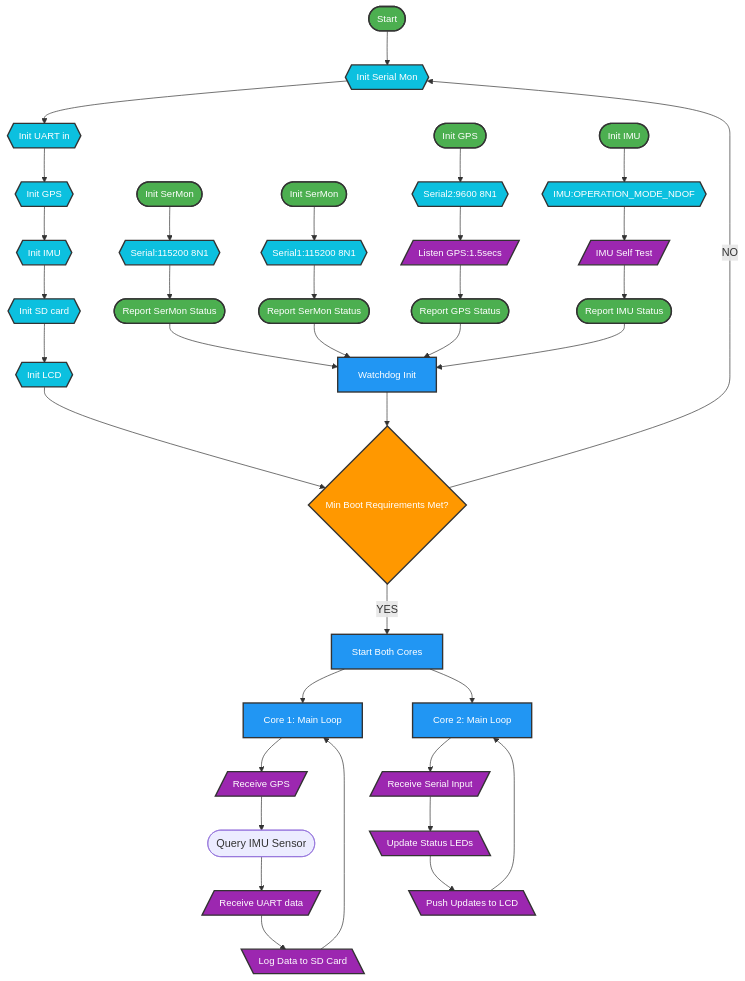
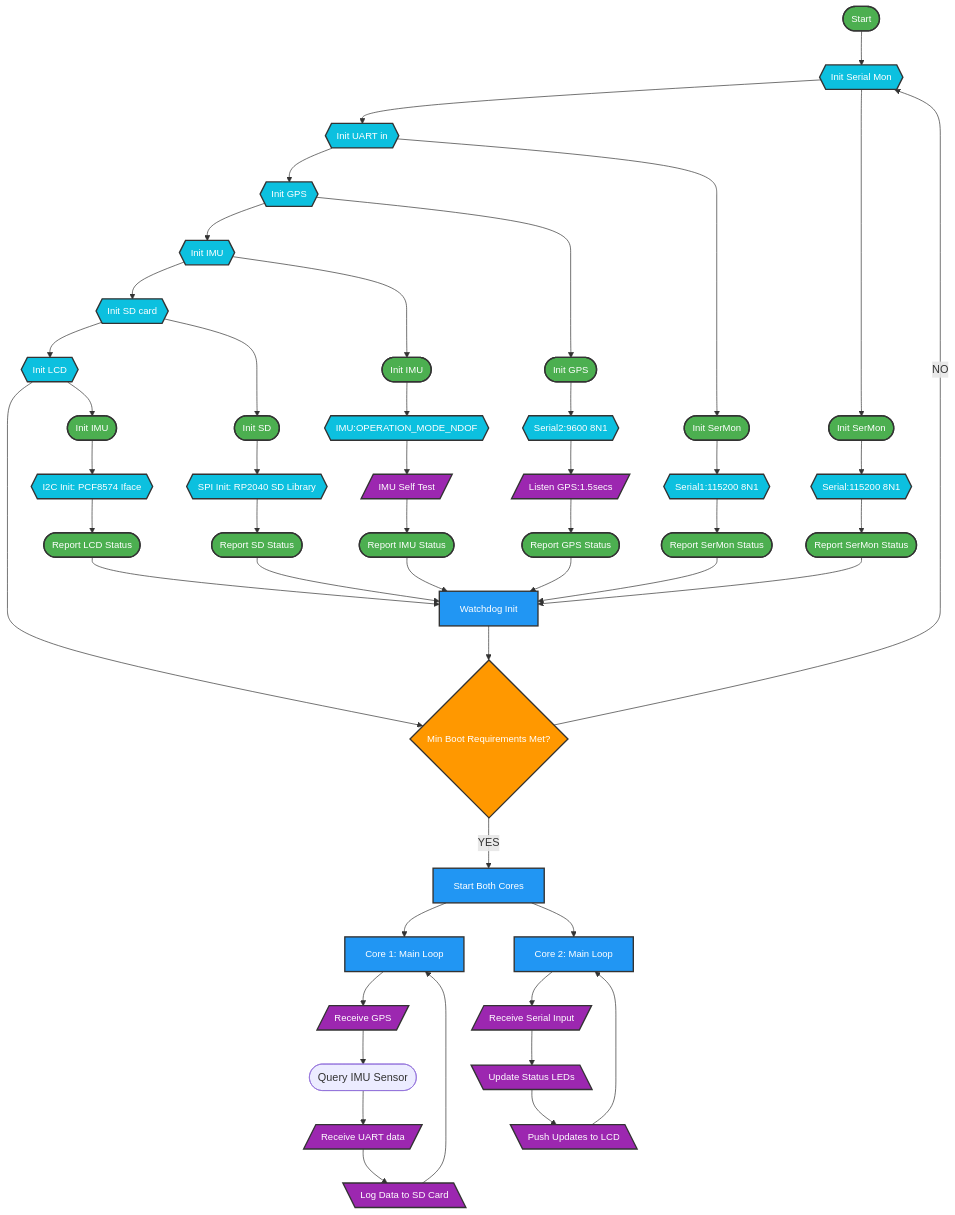
One commit to Phoenixjack/otw changed the diagram in readme.md. Above: the diagram before and after it, drawn with Mermaid.

````diff
--- a/readme.md
+++ b/readme.md
@@ -63,23 +63,37 @@
     LCDDisplay --> Core2Main
 
     %% SUBSYSTEMS
+    InitSerMon --> StartSerMon
 	StartSerMon([Init SerMon]) --> InitSerial{{Serial:115200 8N1}}
 	InitSerial --> ReportSerMon([Report SerMon Status])
 	ReportSerMon --> WatchdogInit[Watchdog Init]
 	
+    InitUARTin --> StartUARTIn
     StartUARTIn([Init SerMon]) --> InitUARTIn{{Serial1:115200 8N1}}
 	InitUARTIn --> ReportUARTIn([Report SerMon Status])
 	ReportUARTIn --> WatchdogInit
 
+    InitGPS --> StartGPS
     StartGPS([Init GPS]) --> InitSerial2{{Serial2:9600 8N1}}
 	InitSerial2 --> ListenGPS[/"Listen GPS:1.5secs"/]
 	ListenGPS --> ReportGPS([Report GPS Status])
 	ReportGPS --> WatchdogInit
 
+    InitIMU --> StartIMU
     StartIMU([Init IMU]) --> ConfigIMU{{"IMU:OPERATION_MODE_NDOF"}}
 	ConfigIMU --> SelfTestIMU[/"IMU Self Test"/]
 	SelfTestIMU --> ReportIMU([Report IMU Status])
 	ReportIMU --> WatchdogInit
+
+    InitSDcard --> StartSD([Init SD])
+    StartSD --> ConfigSD{{"SPI Init: RP2040 SD Library"}}
+	ConfigSD --> ReportSD([Report SD Status])
+	ReportSD --> WatchdogInit
+
+    InitLCD --> StartLCD([Init LCD])
+    StartLCD([Init IMU]) --> ConfigLCD{{"I2C Init: PCF8574 Iface"}}
+	ConfigLCD --> ReportLCD([Report LCD Status])
+	ReportLCD --> WatchdogInit
 
 	WatchdogInit --> MinBootReqs
 
@@ -93,9 +107,11 @@
 
     %% Assign Classes
     class Start,End,StartSerMon,ReportSerMon,StartUARTIn,ReportUARTIn,StartGPS,ReportGPS,StartIMU,ReportIMU startStop;
+    class StartSD,StartLCD,ReportLCD,ReportSD startStop
     class WatchdogInit,Core1Main,Core2Main,StartBothCores process;
     class MinBootReqs decision;
     class GPSFunctions,SerialIO,GetUARTdata,ListenGPS,SelfTestIMU input;
 	class SDLogging,StatusLED,LCDDisplay output;
 	class InitSerMon,InitUARTin,InitUARTIn,InitGPS,InitIMU,InitSDcard,InitLCD,InitSerial,InitSerial2,ConfigIMU config;
+    class ConfigLCD,ConfigSD config
 ```
````
